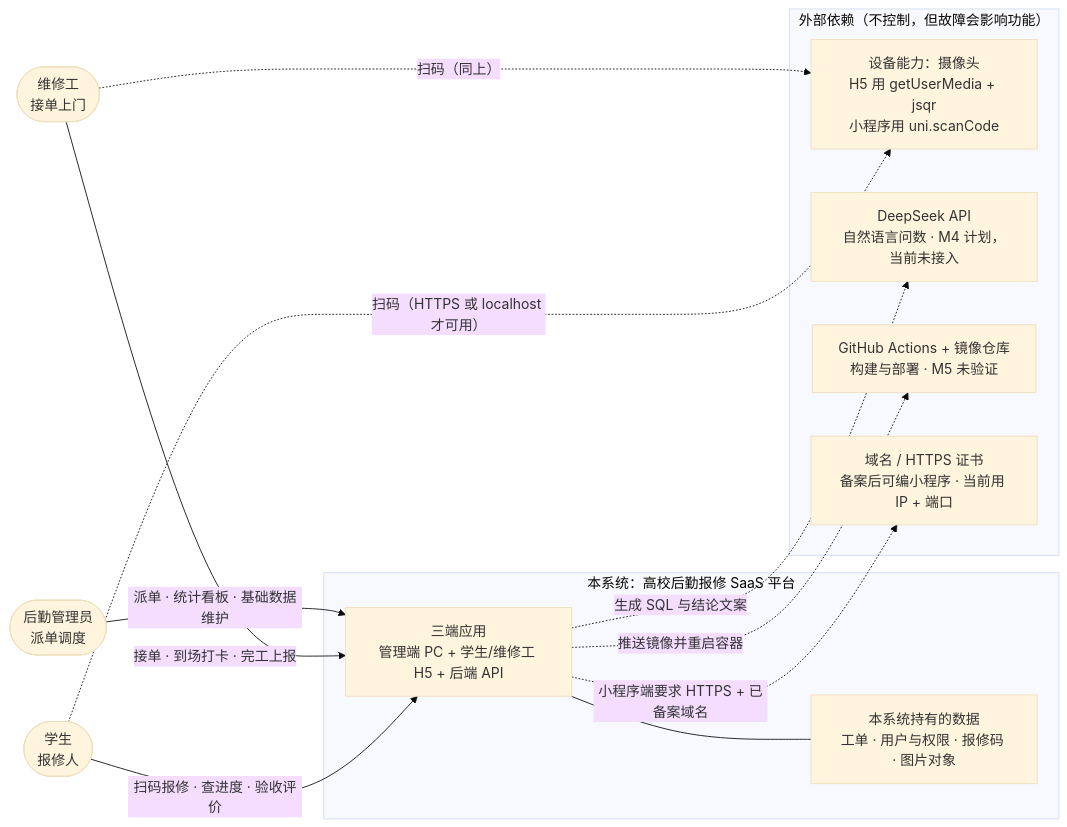
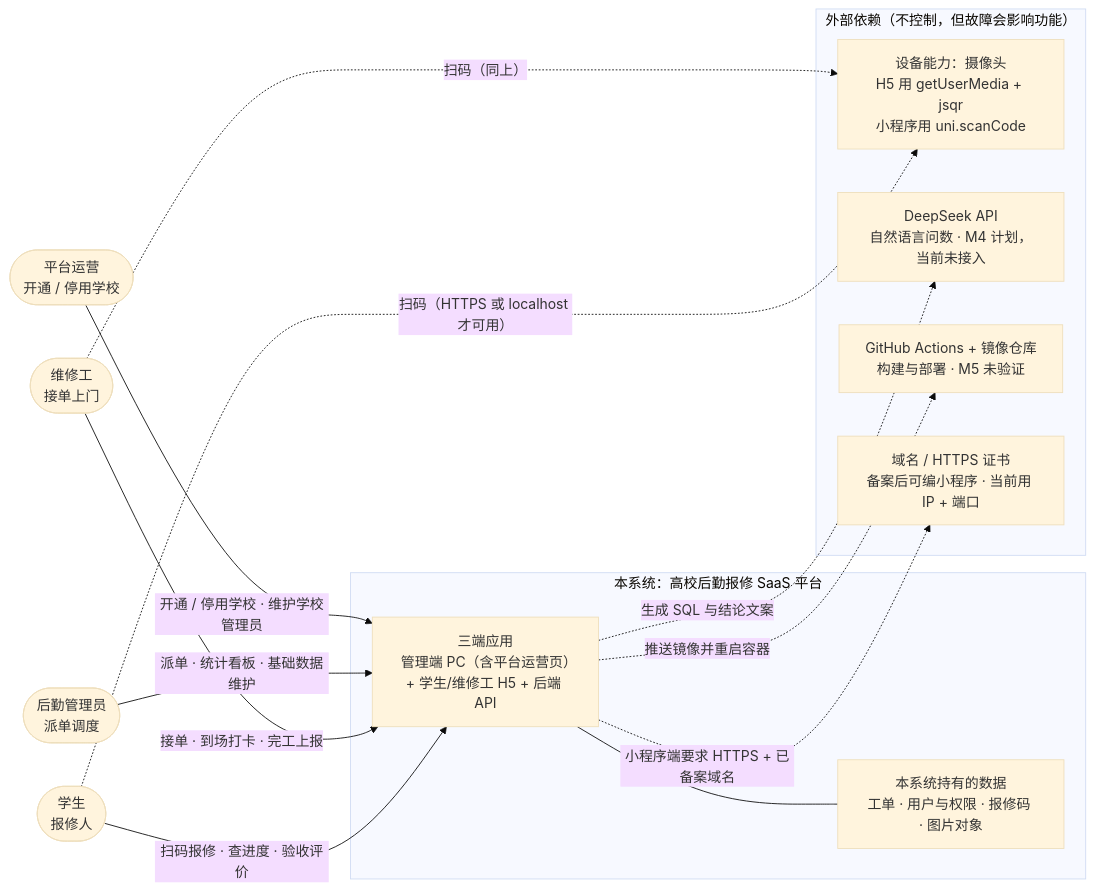
The first of 10 diagrams in docs/06-架构图.md (bluemalic/repair-platform), drawn with Mermaid (base theme) before and after one commit. The commit also changed other lines of this file and 30 other files, not shown here.

````diff
--- a/docs/06-架构图.md
+++ b/docs/06-架构图.md
@@ -30,28 +30,30 @@
 ```mermaid
 flowchart LR
     student(["学生<br/>报修人"])
     worker(["维修工<br/>接单上门"])
     admin(["后勤管理员<br/>派单调度"])
+    operator(["平台运营<br/>开通 / 停用学校"])
 
     subgraph boundary["本系统：高校后勤报修 SaaS 平台"]
-        platform["三端应用<br/>管理端 PC + 学生/维修工 H5 + 后端 API"]
+        platform["三端应用<br/>管理端 PC（含平台运营页）+ 学生/维修工 H5 + 后端 API"]
         data["本系统持有的数据<br/>工单 · 用户与权限 · 报修码 · 图片对象"]
         platform --- data
     end
 
     subgraph external["外部依赖（不控制，但故障会影响功能）"]
         camera["设备能力：摄像头<br/>H5 用 getUserMedia + jsqr<br/>小程序用 uni.scanCode"]
         deepseek["DeepSeek API<br/>自然语言问数 · M4 计划，当前未接入"]
         mirror["GitHub Actions + 镜像仓库<br/>构建与部署 · M5 未验证"]
         dns["域名 / HTTPS 证书<br/>备案后可编小程序 · 当前用 IP + 端口"]
     end
 
     student -->|"扫码报修 · 查进度 · 验收评价"| platform
     worker -->|"接单 · 到场打卡 · 完工上报"| platform
     admin -->|"派单 · 统计看板 · 基础数据维护"| platform
+    operator -->|"开通 / 停用学校 · 维护学校管理员"| platform
     student -.->|"扫码（HTTPS 或 localhost 才可用）"| camera
     worker -.->|"扫码（同上）"| camera
     platform -.->|"生成 SQL 与结论文案"| deepseek
     platform -.->|"推送镜像并重启容器"| mirror
     platform -.->|"小程序端要求 HTTPS + 已备案域名"| dns
 ```
````
